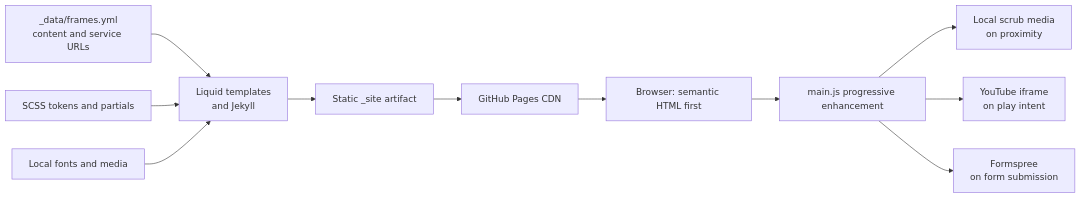
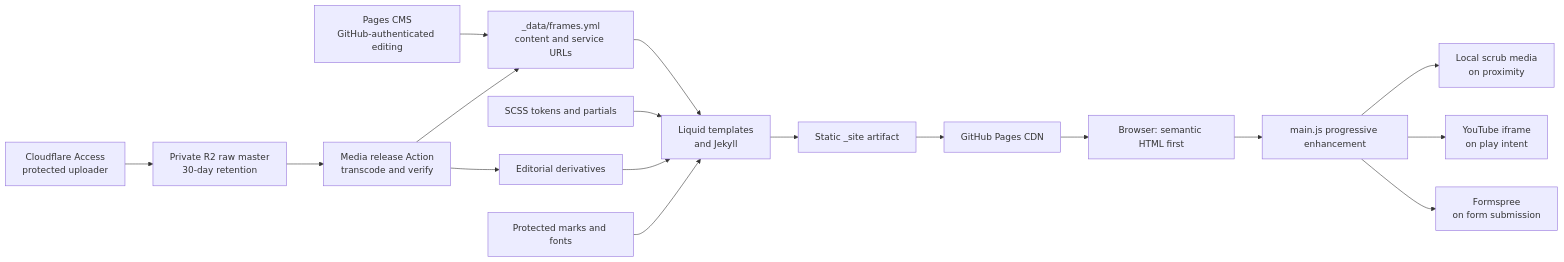
One commit to aindaco1/zema-landing changed the first of 2 diagrams in docs/ARCHITECTURE.md. Above: the diagram before and after it, drawn with Mermaid. The commit also changed other lines of this file and 60 other files, not shown here.

Commit message:
Add Pages CMS and protected media release pipeline

````diff
--- a/docs/ARCHITECTURE.md
+++ b/docs/ARCHITECTURE.md
@@ -15,13 +15,19 @@
 ```mermaid
 flowchart LR
-    A["_data/frames.yml\ncontent and service URLs"] --> B["Liquid templates\nand Jekyll"]
+    CMS["Pages CMS\nGitHub-authenticated editing"] --> A["_data/frames.yml\ncontent and service URLs"]
+    U["Cloudflare Access\nprotected uploader"] --> R2["Private R2 raw master\n30-day retention"]
+    R2 --> M["Media release Action\ntranscode and verify"]
+    M --> A
+    M --> D["Editorial derivatives"]
+    A --> B["Liquid templates\nand Jekyll"]
     C["SCSS tokens and partials"] --> B
-    D["Local fonts and media"] --> B
+    D --> B
+    FONTS["Protected marks and fonts"] --> B
     B --> E["Static _site artifact"]
     E --> F["GitHub Pages CDN"]
     F --> G["Browser: semantic HTML first"]
     G --> H["main.js progressive enhancement"]
     H --> I["Local scrub media\non proximity"]
     H --> J["YouTube iframe\non play intent"]
     H --> K["Formspree\non form submission"]
 ```
````
